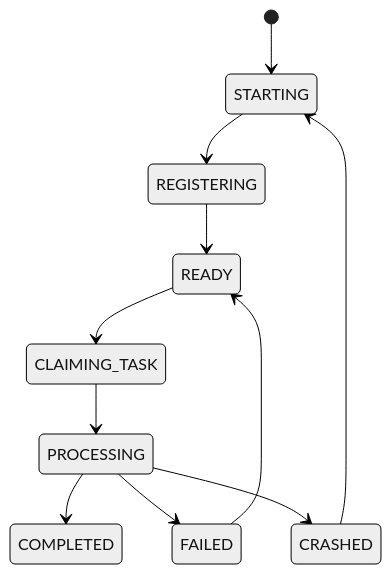
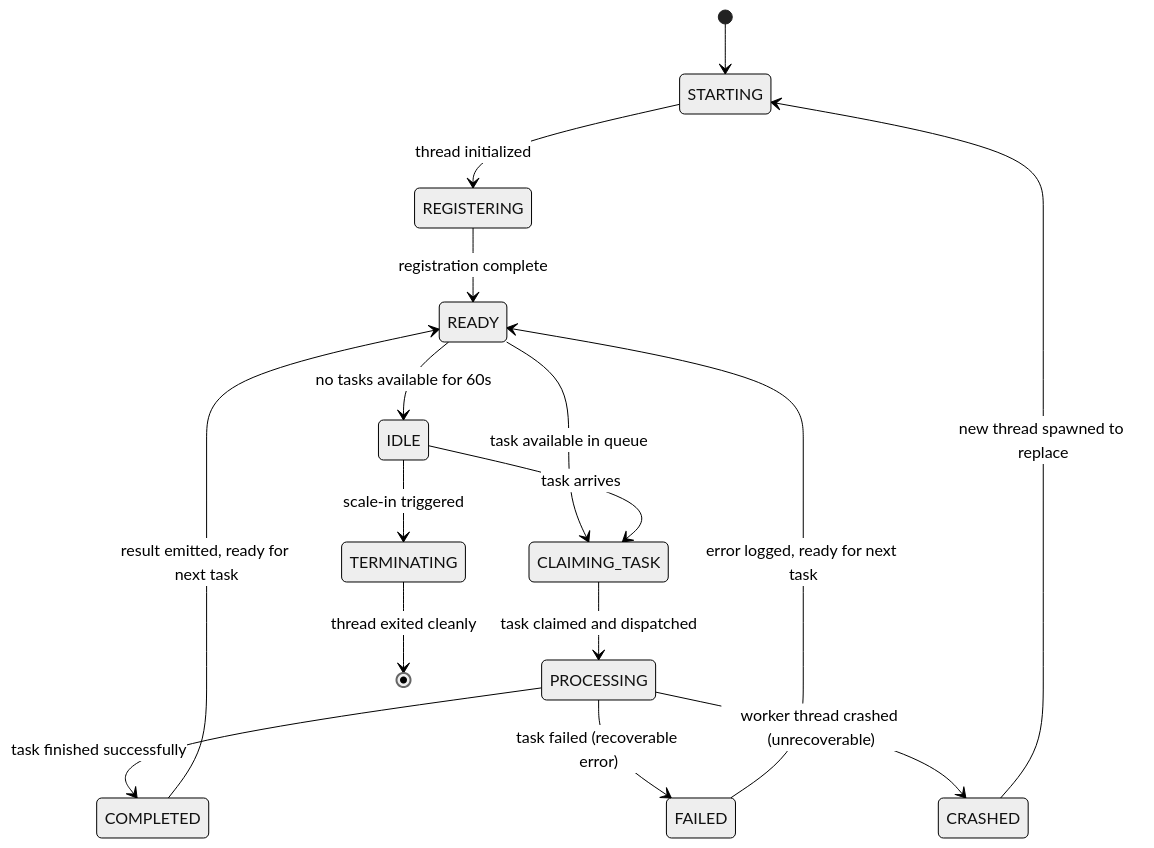
Before and after one commit to pavan53732/Apex-Arbitrage-Multichain-bot-for-windows: the diagram in docs/WORKER-POOL.md, drawn with Mermaid (neutral theme). The commit also changed other lines of this file and 2 other files, not shown here.

````diff
--- a/docs/WORKER-POOL.md
+++ b/docs/WORKER-POOL.md
@@ -12,13 +16,18 @@
 ```mermaid
 stateDiagram-v2
   [*] --> STARTING
-  STARTING --> REGISTERING
-  REGISTERING --> READY
-  READY --> CLAIMING_TASK
-  CLAIMING_TASK --> PROCESSING
-  PROCESSING --> COMPLETED
-  PROCESSING --> FAILED
-  PROCESSING --> CRASHED
-  FAILED --> READY
-  CRASHED --> STARTING
+  STARTING --> REGISTERING: thread initialized
+  REGISTERING --> READY: registration complete
+  READY --> CLAIMING_TASK: task available in queue
+  CLAIMING_TASK --> PROCESSING: task claimed and dispatched
+  PROCESSING --> COMPLETED: task finished successfully
+  PROCESSING --> FAILED: task failed (recoverable error)
+  PROCESSING --> CRASHED: worker thread crashed (unrecoverable)
+  COMPLETED --> READY: result emitted, ready for next task
+  FAILED --> READY: error logged, ready for next task
+  CRASHED --> STARTING: new thread spawned to replace
+  READY --> IDLE: no tasks available for 60s
+  IDLE --> CLAIMING_TASK: task arrives
+  IDLE --> TERMINATING: scale-in triggered
+  TERMINATING --> [*]: thread exited cleanly
 ```
````
